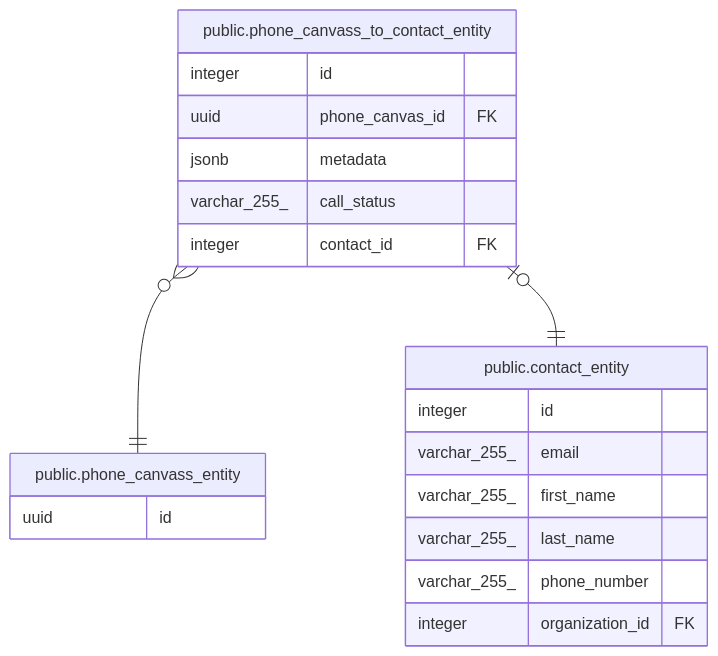
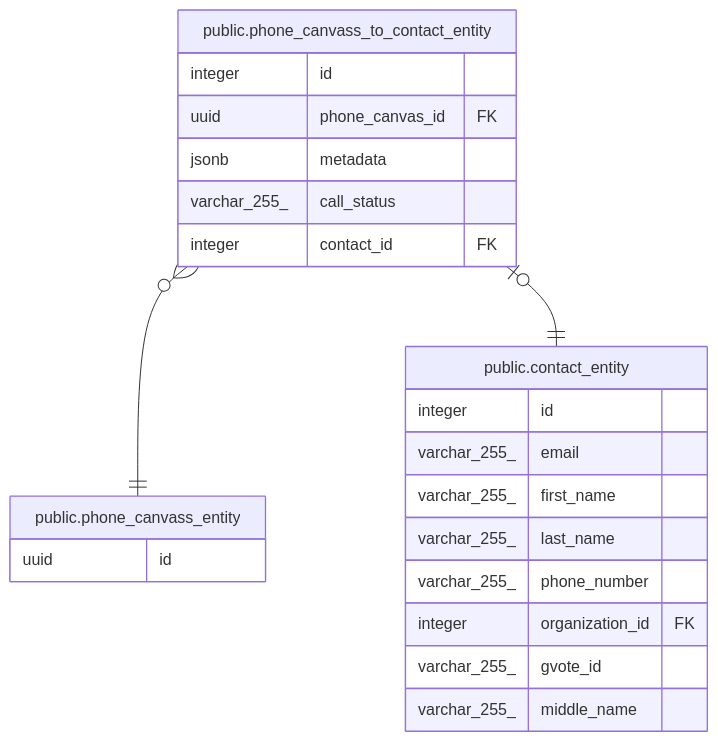
One commit to gpo/grassroots changed the diagram in doc/schema/public.phone_canvass_to_contact_entity.md. Above: the diagram before and after it, drawn with Mermaid. The commit also changed 4 other files, not shown here.

````diff
--- a/doc/schema/public.phone_canvass_to_contact_entity.md
+++ b/doc/schema/public.phone_canvass_to_contact_entity.md
@@ -38,25 +38,27 @@
 ```mermaid
 erDiagram
 
 "public.phone_canvass_to_contact_entity" }o--|| "public.phone_canvass_entity" : ""
 "public.phone_canvass_to_contact_entity" |o--|| "public.contact_entity" : ""
 
 "public.phone_canvass_to_contact_entity" {
   integer id
   uuid phone_canvas_id FK
   jsonb metadata
   varchar_255_ call_status
   integer contact_id FK
 }
 "public.phone_canvass_entity" {
   uuid id
 }
 "public.contact_entity" {
   integer id
   varchar_255_ email
   varchar_255_ first_name
   varchar_255_ last_name
   varchar_255_ phone_number
   integer organization_id FK
+  varchar_255_ gvote_id
+  varchar_255_ middle_name
 }
 ```
````
